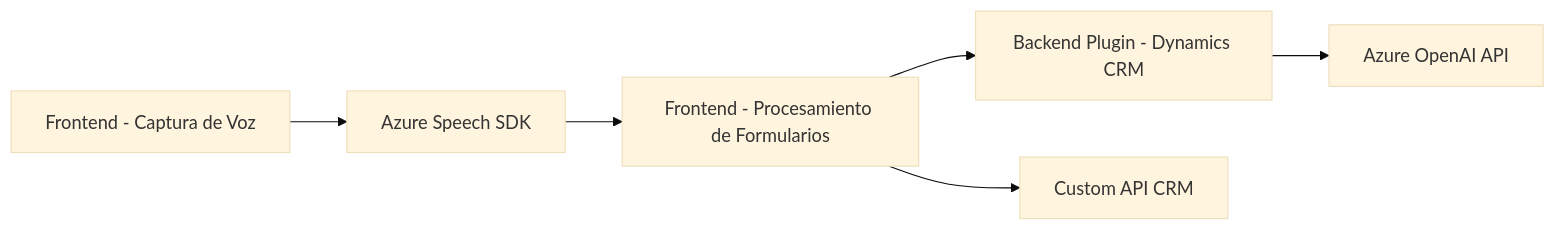
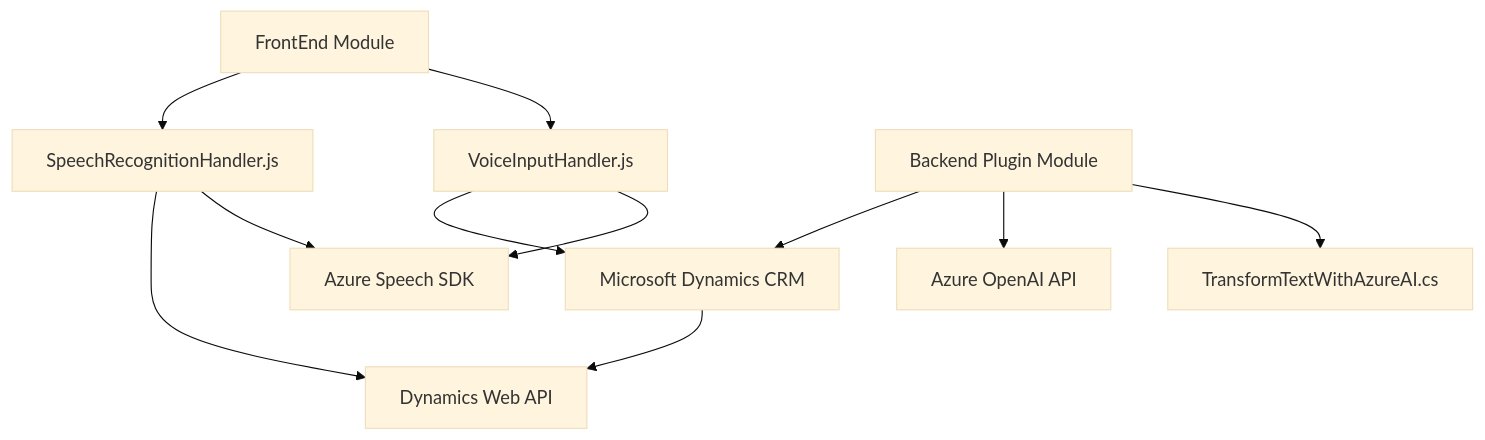
One commit to blopezdm/NETCORE_BILBAO2025 changed the diagram in README.md. Above: the diagram before and after it, drawn with Mermaid (base theme). The commit also changed other lines of this file, not shown here.

````diff
--- a/README.md
+++ b/README.md
@@ -34,15 +44,23 @@
 ```mermaid
-graph LR
-    A["Frontend - Captura de Voz"]
-    B["Azure Speech SDK"]
-    C["Frontend - Procesamiento de Formularios"]
-    D["Backend Plugin - Dynamics CRM"]
-    E["Azure OpenAI API"]
-    F["Custom API CRM"]
+graph TD
+    A["FrontEnd Module"]
+    B["VoiceInputHandler.js"]
+    C["SpeechRecognitionHandler.js"]
+    D["Backend Plugin Module"]
+    E["TransformTextWithAzureAI.cs"]
+    F["Azure Speech SDK"]
+    G["Azure OpenAI API"]
+    H["Microsoft Dynamics CRM"]
+    I["Dynamics Web API"]
 
     A --> B
-    B --> C
-    C --> D
+    A --> C
+    B --> F
+    C --> F
     D --> E
-    C --> F
+    D --> G
+    D --> H
+    C --> I
+    B --> H
+    H --> I
 ```
````
